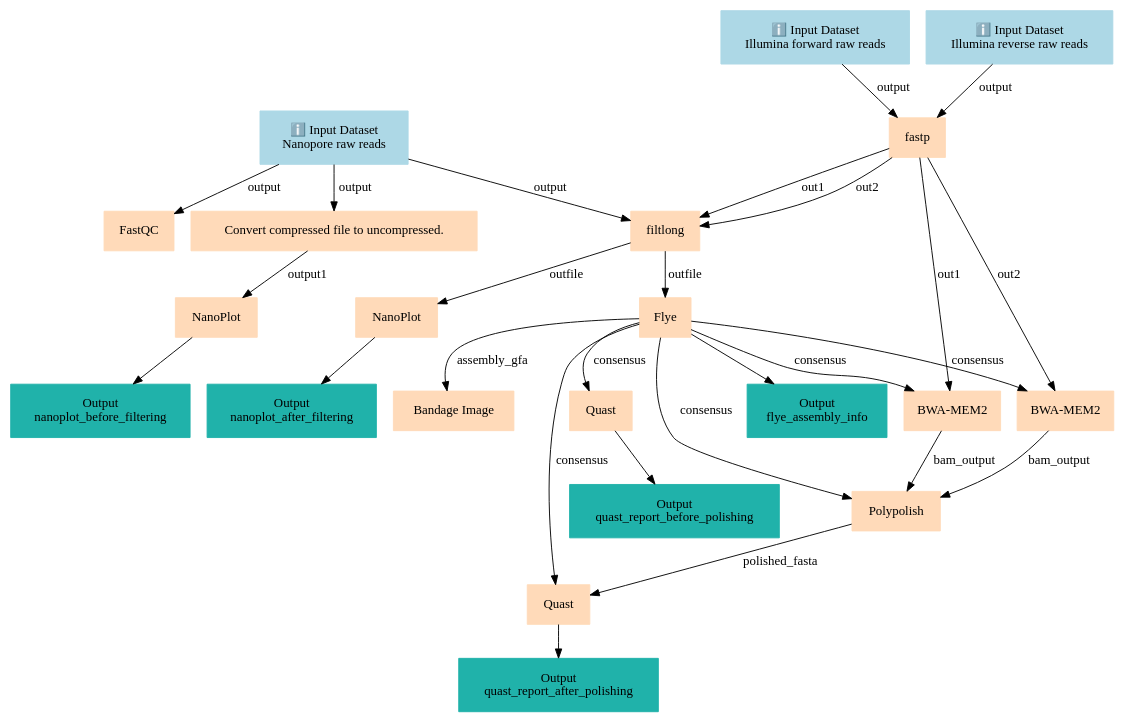
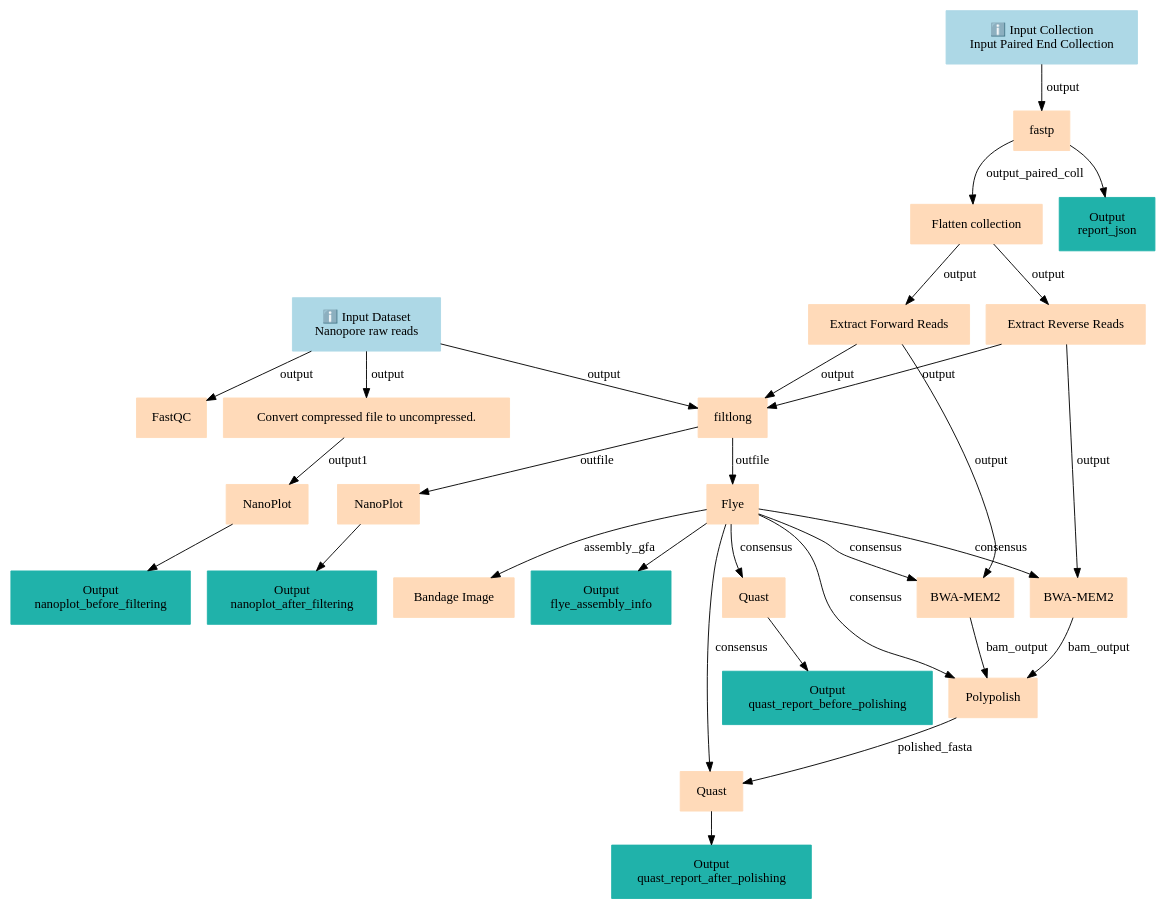
Before and after one commit to galaxyproject/training-material: the diagram in api/workflows/assembly/mrsa-nanopore/main-workflow/graph.dot, drawn with Graphviz. The commit also changed 9990 other files, not shown here.

```diff
--- a/api/workflows/assembly/mrsa-nanopore/main-workflow/graph.dot
+++ b/api/workflows/assembly/mrsa-nanopore/main-workflow/graph.dot
@@ -1,51 +1,57 @@
 digraph main {
   node [fontname="Atkinson Hyperlegible", shape=box, color=white,style=filled,color=peachpuff,margin="0.2,0.2"];
   edge [fontname="Atkinson Hyperlegible"];
   0[color=lightblue,label="ℹ️ Input Dataset\nNanopore raw reads"]
-  1[color=lightblue,label="ℹ️ Input Dataset\nIllumina forward raw reads"]
-  2[color=lightblue,label="ℹ️ Input Dataset\nIllumina reverse raw reads"]
+  1[color=lightblue,label="ℹ️ Input Collection\nInput Paired End Collection"]
+  2[label="FastQC"]
+  0 -> 2 [label="output"]
   3[label="Convert compressed file to uncompressed."]
   0 -> 3 [label="output"]
-  4[label="FastQC"]
-  0 -> 4 [label="output"]
-  5[label="fastp"]
-  1 -> 5 [label="output"]
-  2 -> 5 [label="output"]
-  6[label="NanoPlot"]
-  3 -> 6 [label="output1"]
+  4[label="fastp"]
+  1 -> 4 [label="output"]
+  kf172ab83f29740b3adc0beb1dbec99ab[color=lightseagreen,label="Output\nreport_json"]
+  4 -> kf172ab83f29740b3adc0beb1dbec99ab
+  5[label="NanoPlot"]
+  3 -> 5 [label="output1"]
   ka97e6f3381824a3386dd6cfbb83a842d[color=lightseagreen,label="Output\nnanoplot_before_filtering"]
-  6 -> ka97e6f3381824a3386dd6cfbb83a842d
-  7[label="filtlong"]
-  5 -> 7 [label="out1"]
-  5 -> 7 [label="out2"]
-  0 -> 7 [label="output"]
-  8[label="Flye"]
-  7 -> 8 [label="outfile"]
+  5 -> ka97e6f3381824a3386dd6cfbb83a842d
+  6[label="Flatten collection"]
+  4 -> 6 [label="output_paired_coll"]
+  7[label="Extract Forward Reads"]
+  6 -> 7 [label="output"]
+  8[label="Extract Reverse Reads"]
+  6 -> 8 [label="output"]
+  9[label="filtlong"]
+  7 -> 9 [label="output"]
+  8 -> 9 [label="output"]
+  0 -> 9 [label="output"]
+  10[label="NanoPlot"]
+  9 -> 10 [label="outfile"]
+  k89524090f590434d89e266f0b1a23c7c[color=lightseagreen,label="Output\nnanoplot_after_filtering"]
+  10 -> k89524090f590434d89e266f0b1a23c7c
+  11[label="Flye"]
+  9 -> 11 [label="outfile"]
   kf12e718f1bd5490dbd41f0747aaa41a6[color=lightseagreen,label="Output\nflye_assembly_info"]
-  8 -> kf12e718f1bd5490dbd41f0747aaa41a6
-  9[label="NanoPlot"]
-  7 -> 9 [label="outfile"]
-  k89524090f590434d89e266f0b1a23c7c[color=lightseagreen,label="Output\nnanoplot_after_filtering"]
-  9 -> k89524090f590434d89e266f0b1a23c7c
-  10[label="Bandage Image"]
-  8 -> 10 [label="assembly_gfa"]
-  11[label="BWA-MEM2"]
-  5 -> 11 [label="out2"]
-  8 -> 11 [label="consensus"]
-  12[label="Quast"]
-  8 -> 12 [label="consensus"]
+  11 -> kf12e718f1bd5490dbd41f0747aaa41a6
+  12[label="BWA-MEM2"]
+  7 -> 12 [label="output"]
+  11 -> 12 [label="consensus"]
+  13[label="Quast"]
+  11 -> 13 [label="consensus"]
   kdabfb8fd87914959a9dc9b3c1e57a69c[color=lightseagreen,label="Output\nquast_report_before_polishing"]
-  12 -> kdabfb8fd87914959a9dc9b3c1e57a69c
-  13[label="BWA-MEM2"]
-  5 -> 13 [label="out1"]
-  8 -> 13 [label="consensus"]
-  14[label="Polypolish"]
-  8 -> 14 [label="consensus"]
-  13 -> 14 [label="bam_output"]
-  11 -> 14 [label="bam_output"]
-  15[label="Quast"]
-  14 -> 15 [label="polished_fasta"]
-  8 -> 15 [label="consensus"]
+  13 -> kdabfb8fd87914959a9dc9b3c1e57a69c
+  14[label="Bandage Image"]
+  11 -> 14 [label="assembly_gfa"]
+  15[label="BWA-MEM2"]
+  8 -> 15 [label="output"]
+  11 -> 15 [label="consensus"]
+  16[label="Polypolish"]
+  11 -> 16 [label="consensus"]
+  12 -> 16 [label="bam_output"]
+  15 -> 16 [label="bam_output"]
+  17[label="Quast"]
+  11 -> 17 [label="consensus"]
+  16 -> 17 [label="polished_fasta"]
   k4e465b5168bf42039a7c897f46c70277[color=lightseagreen,label="Output\nquast_report_after_polishing"]
-  15 -> k4e465b5168bf42039a7c897f46c70277
+  17 -> k4e465b5168bf42039a7c897f46c70277
 }
```
